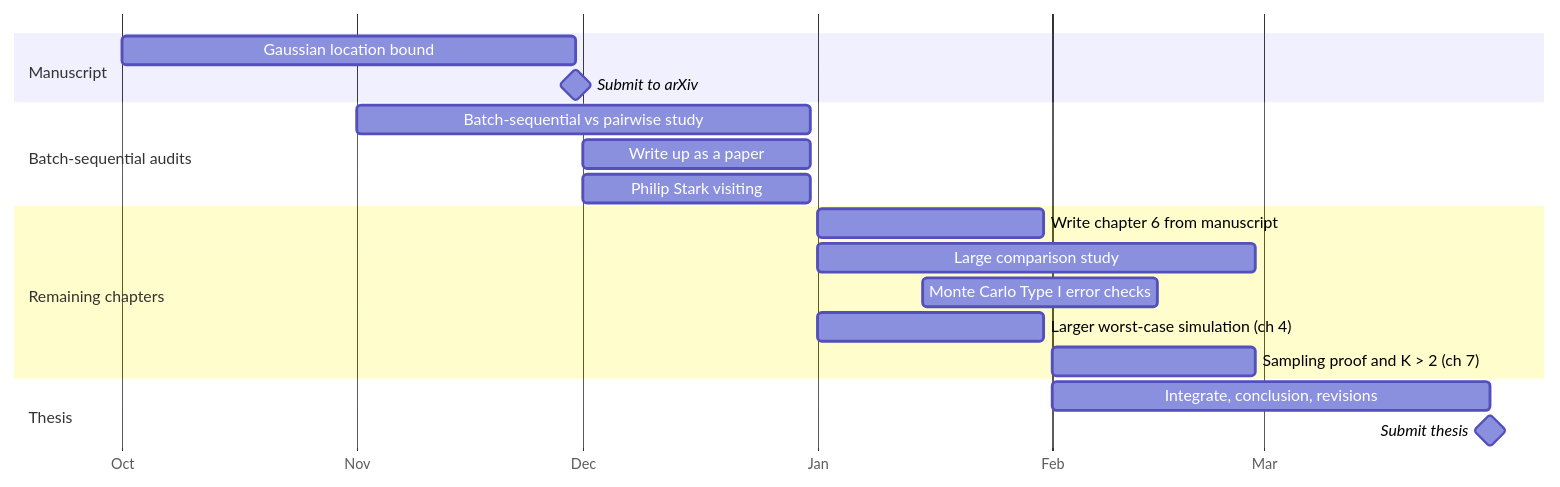
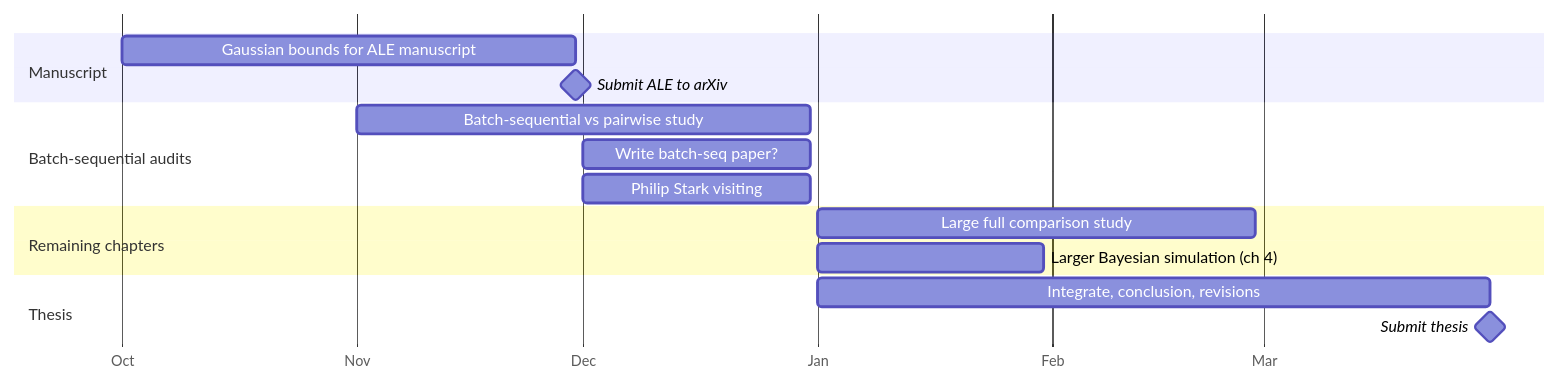
Before and after one commit to fleverest/final_milestone: the diagram in presentation.qmd, drawn with Mermaid. The commit also changed other lines of this file and 1 other file, not shown here.

````diff
--- a/presentation.qmd
+++ b/presentation.qmd
@@ -1102,22 +1123,19 @@
 ```{mermaid}
 gantt
   dateFormat YYYY-MM-DD
   todayMarker off
   axisFormat %b
   section Manuscript
-  Gaussian location bound            :2026-10-01, 2026-11-30
-  Submit to arXiv                    :milestone, 2026-11-30, 0d
+  Gaussian bounds for ALE manuscript :2026-10-01, 2026-11-30
+  Submit ALE to arXiv                :milestone, 2026-11-30, 0d
   section Batch-sequential audits
   Batch-sequential vs pairwise study :2026-11-01, 2026-12-31
-  Write up as a paper                :2026-12-01, 2026-12-31
+  Write batch-seq paper?             :2026-12-01, 2026-12-31
   Philip Stark visiting              :2026-12-01, 2026-12-31
   section Remaining chapters
-  Write chapter 6 from manuscript    :2027-01-01, 2027-01-31
-  Large comparison study             :2027-01-01, 2027-02-28
-  Monte Carlo Type I error checks    :2027-01-15, 2027-02-15
-  Larger worst-case simulation (ch 4) :2027-01-01, 2027-01-31
-  Sampling proof and K > 2 (ch 7)    :2027-02-01, 2027-02-28
+  Large full comparison study        :2027-01-01, 2027-02-28
+  Larger Bayesian simulation (ch 4)  :2027-01-01, 2027-01-31
   section Thesis
-  Integrate, conclusion, revisions   :2027-02-01, 2027-03-31
+  Integrate, conclusion, revisions   :2027-01-01, 2027-03-31
   Submit thesis                      :milestone, 2027-03-31, 0d
 ```
````
